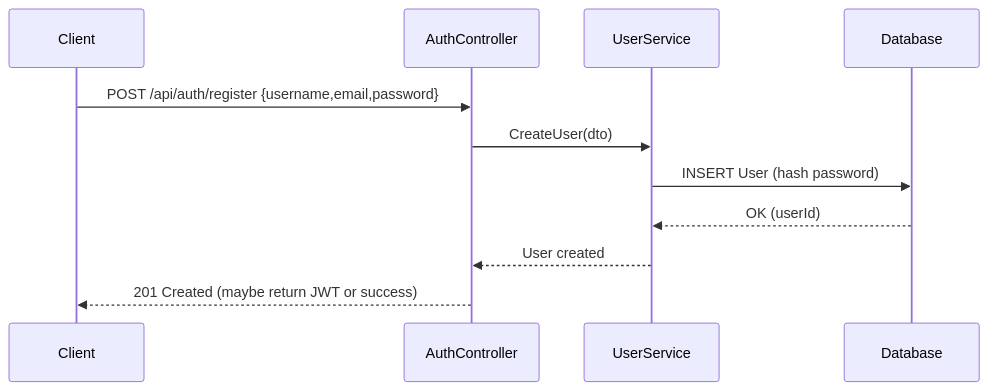
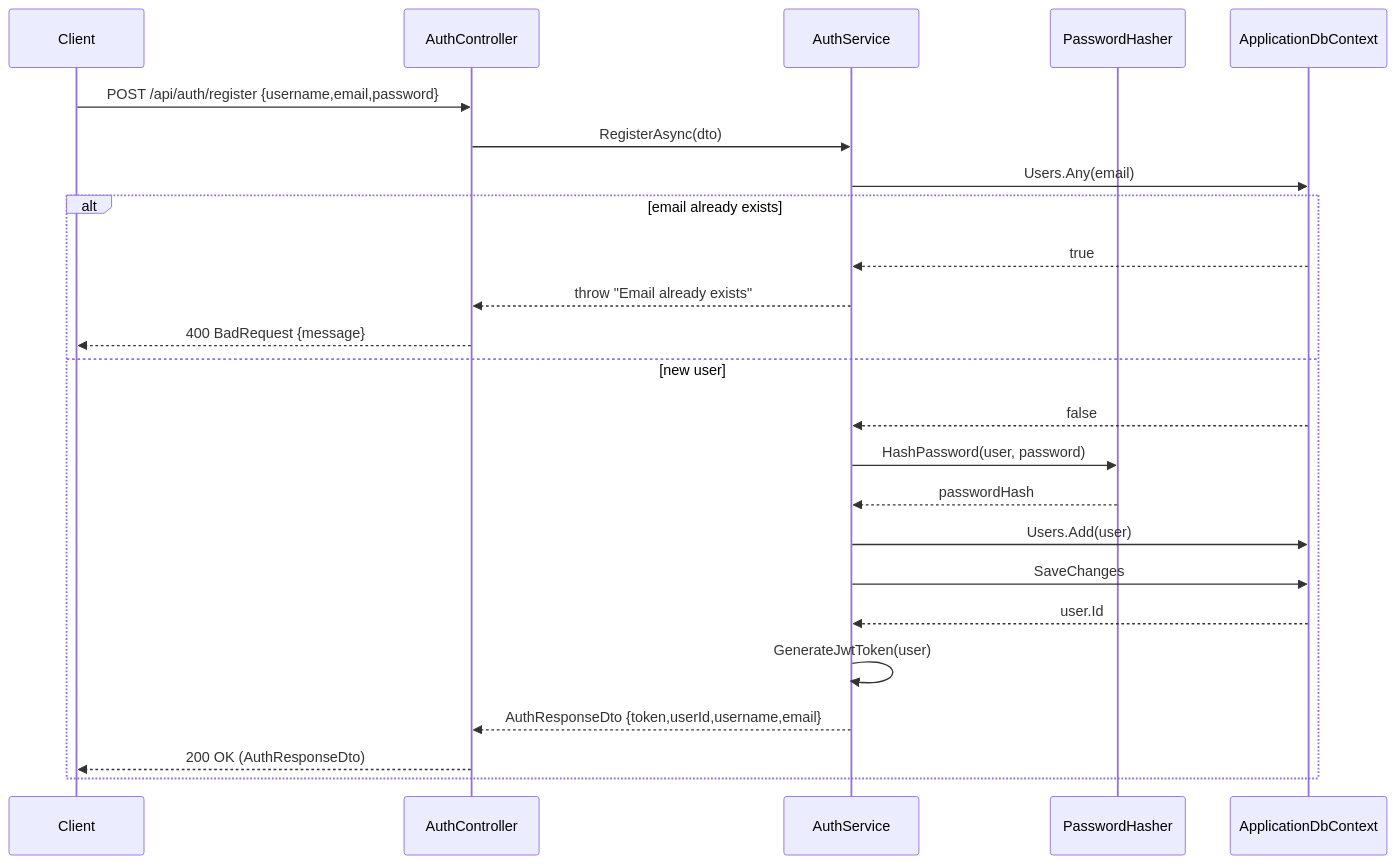
Before and after one commit to ihebKhodja/CoinUpBackend: the diagram in docs/sequences/register-diagram.mmd, drawn with Mermaid. The commit also changed 9 other files, not shown here.

Commit message:
feat: Enhance API documentation with detailed sequence diagrams for alerts, wallet operations, and watchlist management

```diff
--- a/docs/sequences/register-diagram.mmd
+++ b/docs/sequences/register-diagram.mmd
@@ -1,12 +1,25 @@
 sequenceDiagram
     participant C as Client
     participant API as AuthController
-    participant S as UserService
-    participant DB as Database
+    participant AS as AuthService
+    participant PH as PasswordHasher
+    participant DB as ApplicationDbContext
 
     C->>API: POST /api/auth/register {username,email,password}
-    API->>S: CreateUser(dto)
-    S->>DB: INSERT User (hash password)
-    DB-->>S: OK (userId)
-    S-->>API: User created
-    API-->>C: 201 Created (maybe return JWT or success)
+    API->>AS: RegisterAsync(dto)
+    AS->>DB: Users.Any(email)
+    alt email already exists
+        DB-->>AS: true
+        AS-->>API: throw "Email already exists"
+        API-->>C: 400 BadRequest {message}
+    else new user
+        DB-->>AS: false
+        AS->>PH: HashPassword(user, password)
+        PH-->>AS: passwordHash
+        AS->>DB: Users.Add(user)
+        AS->>DB: SaveChanges
+        DB-->>AS: user.Id
+        AS->>AS: GenerateJwtToken(user)
+        AS-->>API: AuthResponseDto {token,userId,username,email}
+        API-->>C: 200 OK (AuthResponseDto)
+    end
```
